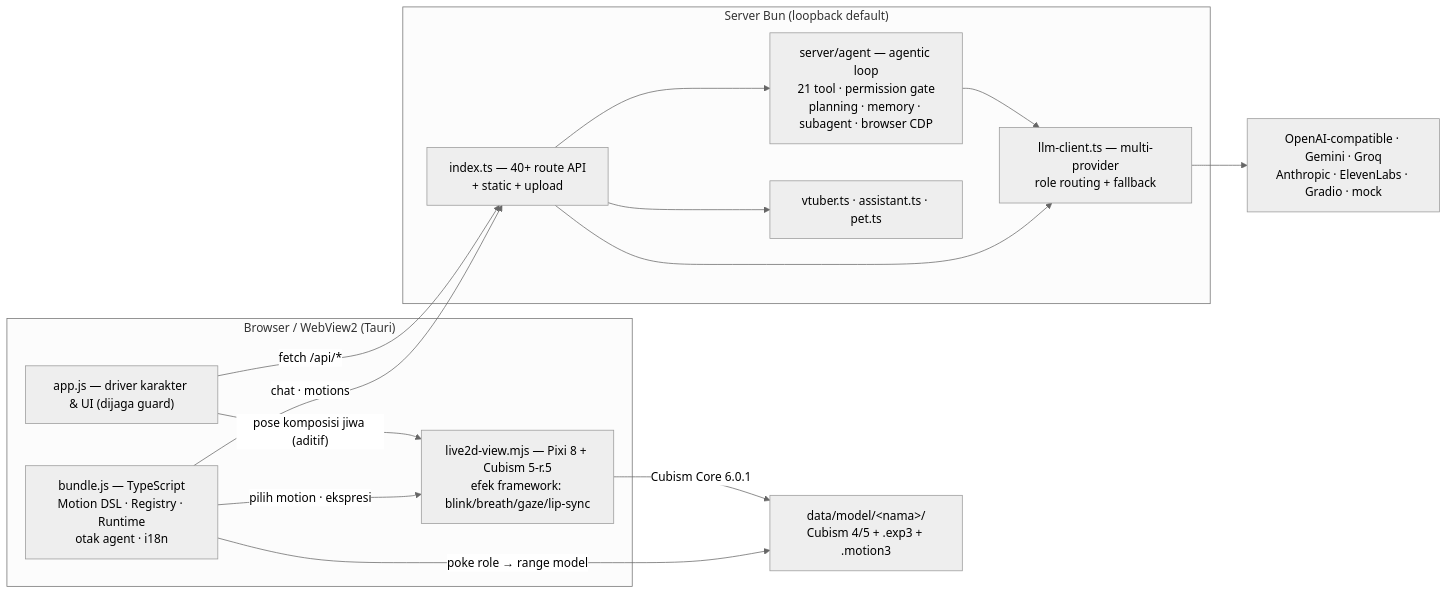
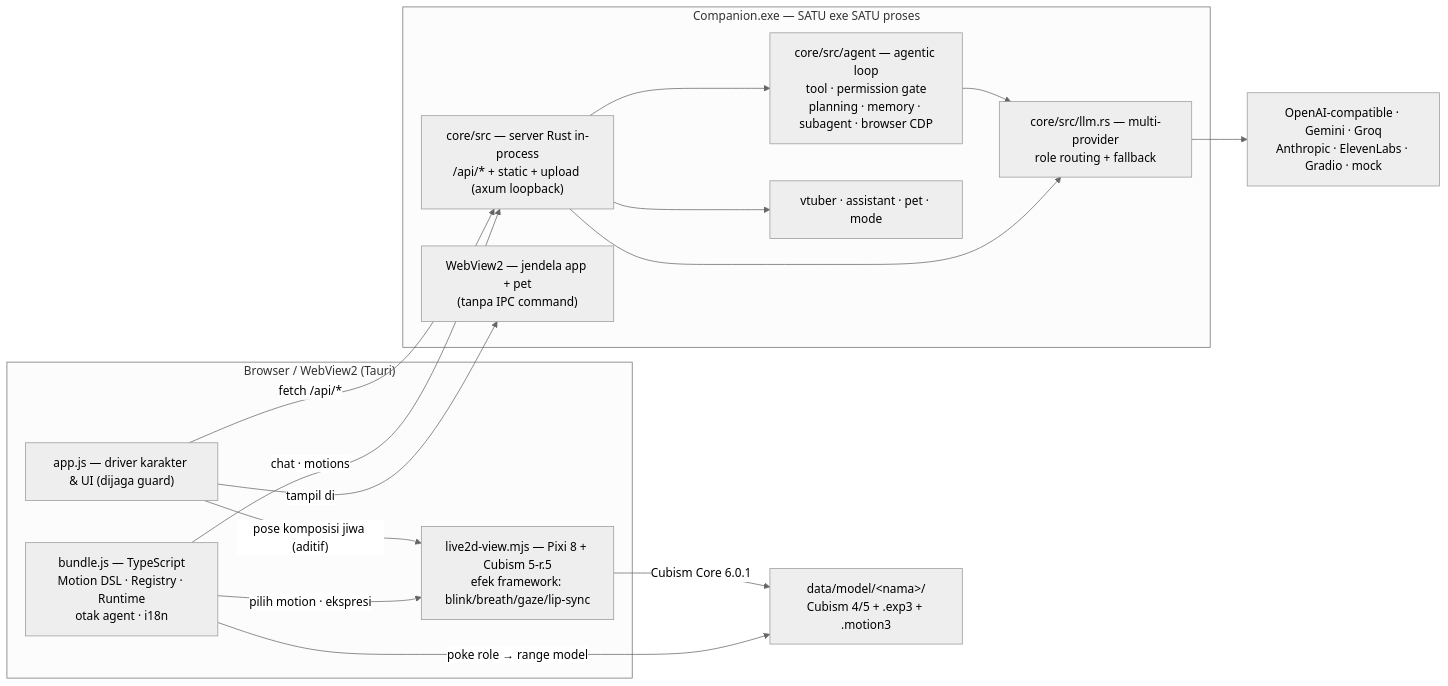
Before and after one commit to TesaOP/ngetes: the diagram in README.md, drawn with Mermaid (neutral theme). The commit also changed other lines of this file and 3 other files, not shown here.

First line of the commit message:
docs: selaraskan klaim runtime Rust + kalibrasi angka gate (549 unit, 8 suite guard)

````diff
--- a/README.md
+++ b/README.md
@@ -84,26 +85,28 @@
 ```mermaid
 flowchart LR
     subgraph client["Browser / WebView2 (Tauri)"]
         APP["app.js — driver karakter & UI (dijaga guard)"]
         BUNDLE["bundle.js — TypeScript<br/>Motion DSL · Registry · Runtime<br/>otak agent · i18n"]
         VIEW["live2d-view.mjs — Pixi 8 + Cubism 5-r.5<br/>efek framework: blink/breath/gaze/lip-sync"]
     end
-    subgraph server["Server Bun (loopback default)"]
-        API["index.ts — 40+ route API<br/>+ static + upload"]
-        AGENT["server/agent — agentic loop<br/>21 tool · permission gate<br/>planning · memory · subagent · browser CDP"]
-        MODES["vtuber.ts · assistant.ts · pet.ts"]
-        LLM["llm-client.ts — multi-provider<br/>role routing + fallback"]
+    subgraph app["Companion.exe — SATU exe SATU proses"]
+        API["core/src — server Rust in-process<br/>/api/* + static + upload (axum loopback)"]
+        AGENT["core/src/agent — agentic loop<br/>tool · permission gate<br/>planning · memory · subagent · browser CDP"]
+        MODES["vtuber · assistant · pet · mode"]
+        LLM["core/src/llm.rs — multi-provider<br/>role routing + fallback"]
+        WIN["WebView2 — jendela app + pet<br/>(tanpa IPC command)"]
     end
     PROVIDERS["OpenAI-compatible · Gemini · Groq<br/>Anthropic · ElevenLabs · Gradio · mock"]
     MODEL["data/model/&lt;nama&gt;/<br/>Cubism 4/5 + .exp3 + .motion3"]
 
     APP -- "fetch /api/*" --> API
     BUNDLE -- "chat · motions" --> API
     API --> AGENT --> LLM
     API --> MODES
     API --> LLM --> PROVIDERS
+    APP -- "tampil di" --> WIN
     APP -- "pose komposisi jiwa (aditif)" --> VIEW
     BUNDLE -- "pilih motion · ekspresi" --> VIEW
     VIEW -- "Cubism Core 6.0.1" --> MODEL
     BUNDLE -- "poke role → range model" --> MODEL
 ```
````
